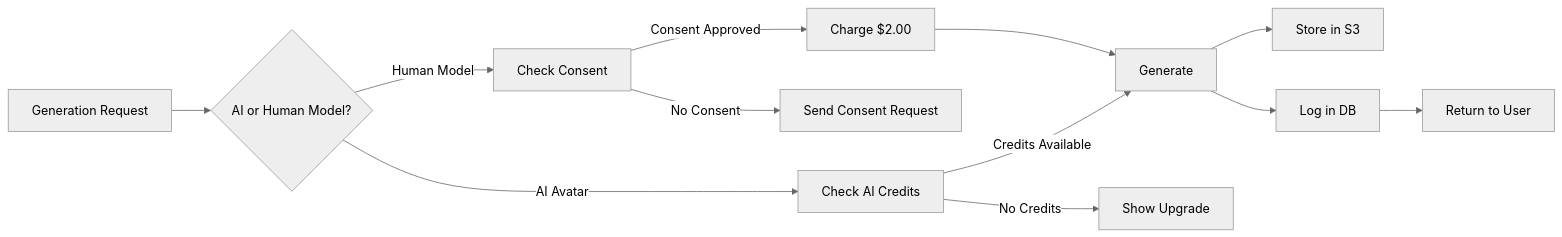
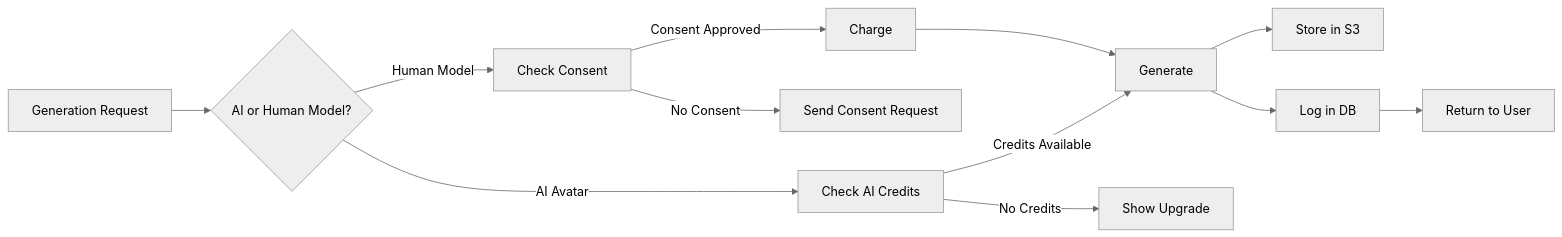
Diagram 11 of 11 in docs/MODELSNAP_COMPLETE_DOCUMENTATION.md (supuni9622/modelsnap), drawn with Mermaid (neutral theme) before and after one commit. The commit also changed other lines of this file and 94 other files, not shown here.

````diff
--- a/docs/MODELSNAP_COMPLETE_DOCUMENTATION.md
+++ b/docs/MODELSNAP_COMPLETE_DOCUMENTATION.md
@@ -780,17 +626,17 @@
 ```mermaid
 flowchart LR
     A[Generation Request] --> B{AI or Human Model?}
 
     B -->|AI Avatar| C[Check AI Credits]
     C -->|Credits Available| D[Generate]
     C -->|No Credits| E[Show Upgrade]
 
     B -->|Human Model| F[Check Consent]
     F -->|No Consent| G[Send Consent Request]
-    F -->|Consent Approved| H[Charge $2.00]
+    F -->|Consent Approved| H[Charge]
     H --> D[Generate]
 
     D --> I[Store in S3]
     D --> J[Log in DB]
     J --> K[Return to User]
 ```
````
